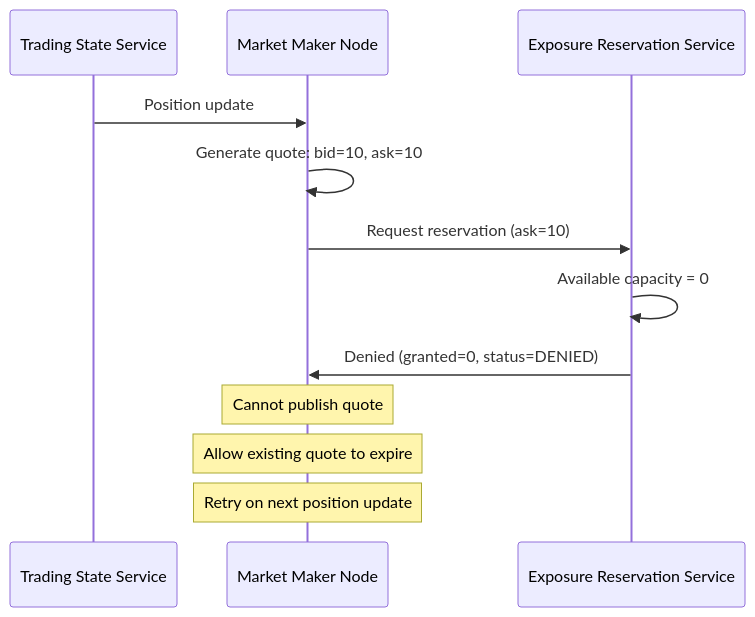
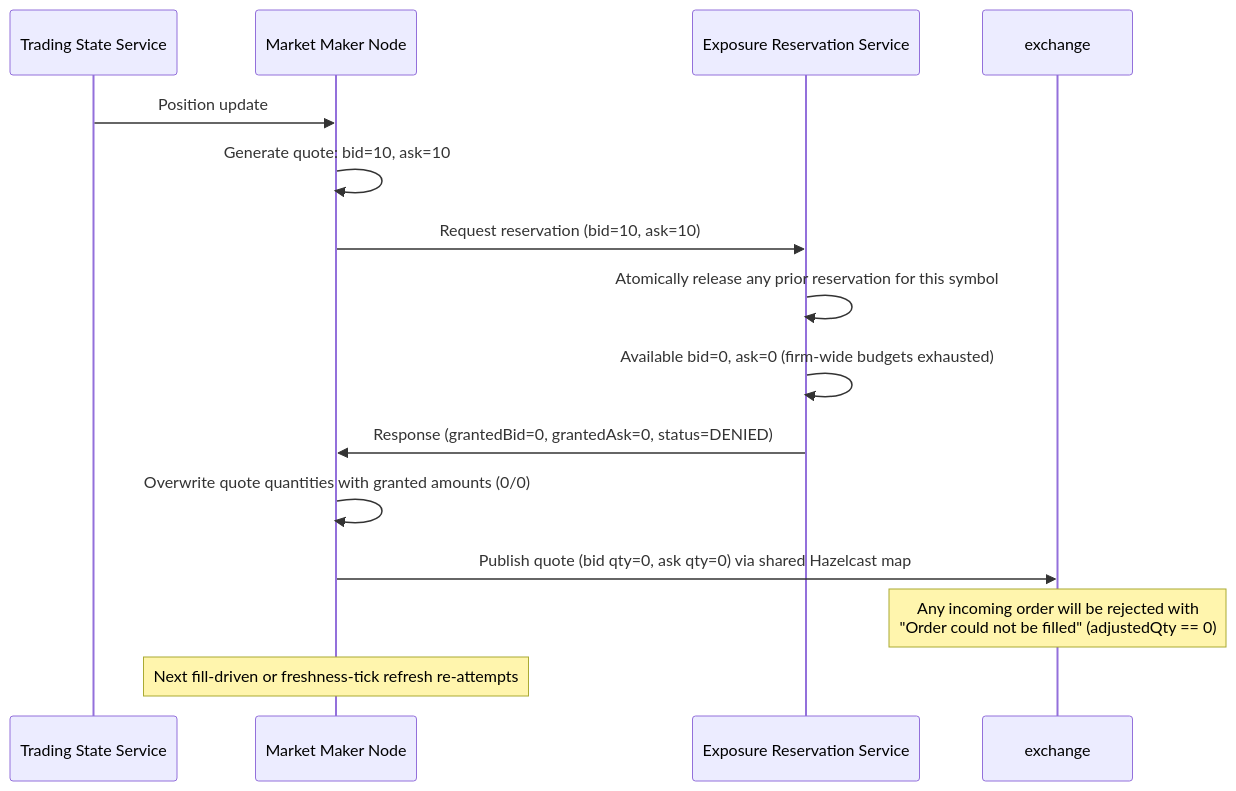
The seventh of 12 diagrams in docs/workflows.md (TaniDiament/Velocity-Trading), drawn with Mermaid before and after one commit. The commit also changed other lines of this file, not shown here.

````diff
--- a/docs/workflows.md
+++ b/docs/workflows.md
@@ -105,14 +105,16 @@
 ```mermaid
 sequenceDiagram
   participant state as Trading State Service
   participant maker as Market Maker Node
   participant reservation as Exposure Reservation Service
   state->>maker: Position update
   maker->>maker: Generate quote: bid=10, ask=10
-  maker->>reservation: Request reservation (ask=10)
-  reservation->>reservation: Available capacity = 0
-  reservation->>maker: Denied (granted=0, status=DENIED)
-  Note over maker: Cannot publish quote
-  Note over maker: Allow existing quote to expire
-  Note over maker: Retry on next position update
+  maker->>reservation: Request reservation (bid=10, ask=10)
+  reservation->>reservation: Atomically release any prior reservation for this symbol
+  reservation->>reservation: Available bid=0, ask=0 (firm-wide budgets exhausted)
+  reservation->>maker: Response (grantedBid=0, grantedAsk=0, status=DENIED)
+  maker->>maker: Overwrite quote quantities with granted amounts (0/0)
+  maker->>exchange: Publish quote (bid qty=0, ask qty=0) via shared Hazelcast map
+  Note over exchange: Any incoming order will be rejected with<br/>"Order could not be filled" (adjustedQty == 0)
+  Note over maker: Next fill-driven or freshness-tick refresh re-attempts
 ```
````
